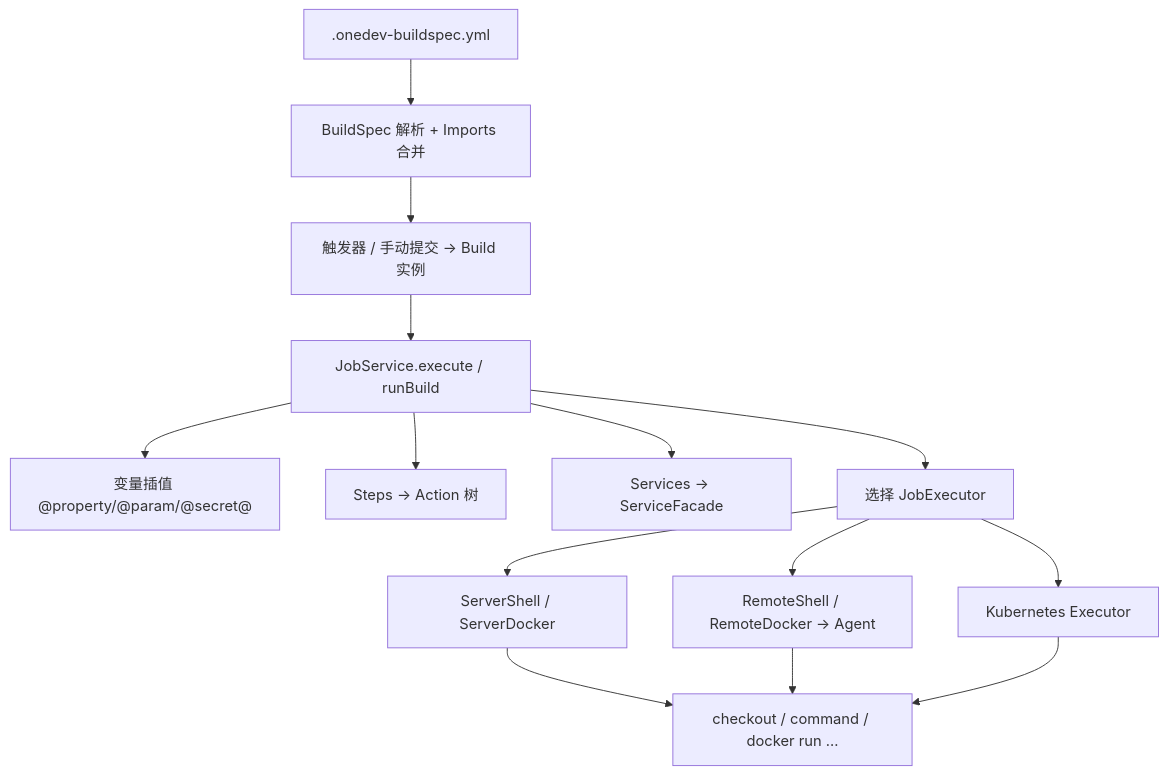
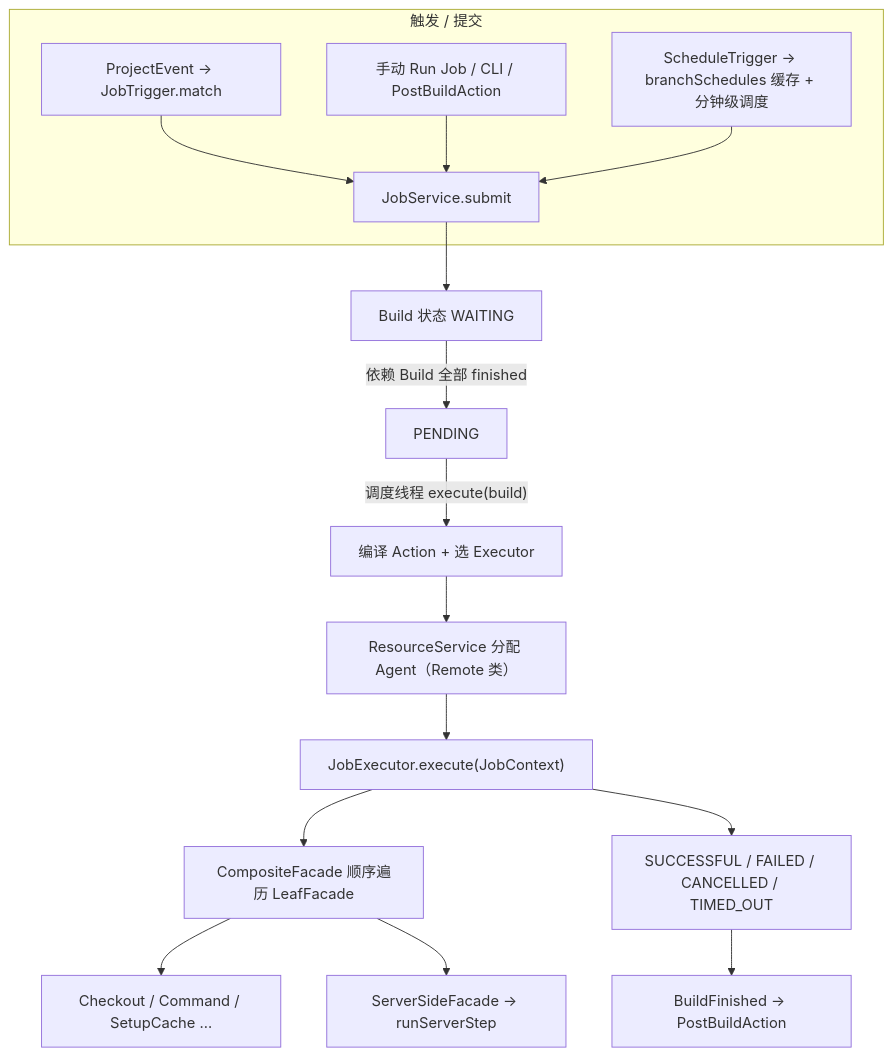
Before and after one commit to hitzhangjie/buildx: the first of 2 diagrams in docs/onedev-builds-execution.md, drawn with Mermaid. The commit also changed other lines of this file and 94 other files, not shown here.

````diff
--- a/docs/onedev-builds-execution.md
+++ b/docs/onedev-builds-execution.md
@@ -17,16 +17,19 @@
 ```mermaid
 flowchart TD
-    A[".onedev-buildspec.yml"] --> B["BuildSpec 解析 + Imports 合并"]
-    B --> C["触发器 / 手动提交 → Build 实例"]
-    C --> D["JobService.execute / runBuild"]
-    D --> E["变量插值 @property/@param/@secret@"]
-    D --> F["Steps → Action 树"]
-    D --> G["Services → ServiceFacade"]
-    D --> H["选择 JobExecutor"]
-    H --> I1["ServerShell / ServerDocker"]
-    H --> I2["RemoteShell / RemoteDocker → Agent"]
-    H --> I3["Kubernetes Executor"]
-    I1 --> J["checkout / command / docker run …"]
-    I2 --> J
-    I3 --> J
+    subgraph trigger["触发 / 提交"]
+        T1["ProjectEvent → JobTrigger.match"] --> SUB["JobService.submit"]
+        T2["手动 Run Job / CLI / PostBuildAction"] --> SUB
+        T3["ScheduleTrigger → branchSchedules 缓存 + 分钟级调度"] --> SUB
+    end
+
+    SUB --> WAIT["Build 状态 WAITING"]
+    WAIT -->|"依赖 Build 全部 finished"| PEND["PENDING"]
+    PEND -->|"调度线程 execute(build)"| EXEC["编译 Action + 选 Executor"]
+    EXEC --> POOL["ResourceService 分配 Agent（Remote 类）"]
+    POOL --> RUN["JobExecutor.execute(JobContext)"]
+    RUN --> IR["CompositeFacade 顺序遍历 LeafFacade"]
+    IR --> S1["Checkout / Command / SetupCache …"]
+    IR --> S2["ServerSideFacade → runServerStep"]
+    RUN --> FIN["SUCCESSFUL / FAILED / CANCELLED / TIMED_OUT"]
+    FIN --> PBA["BuildFinished → PostBuildAction"]
 ```
````
